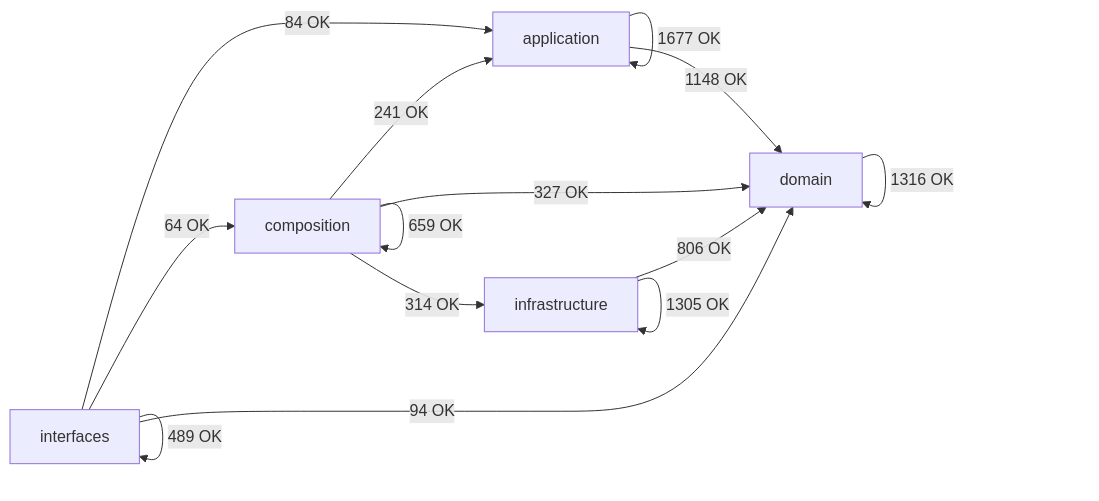
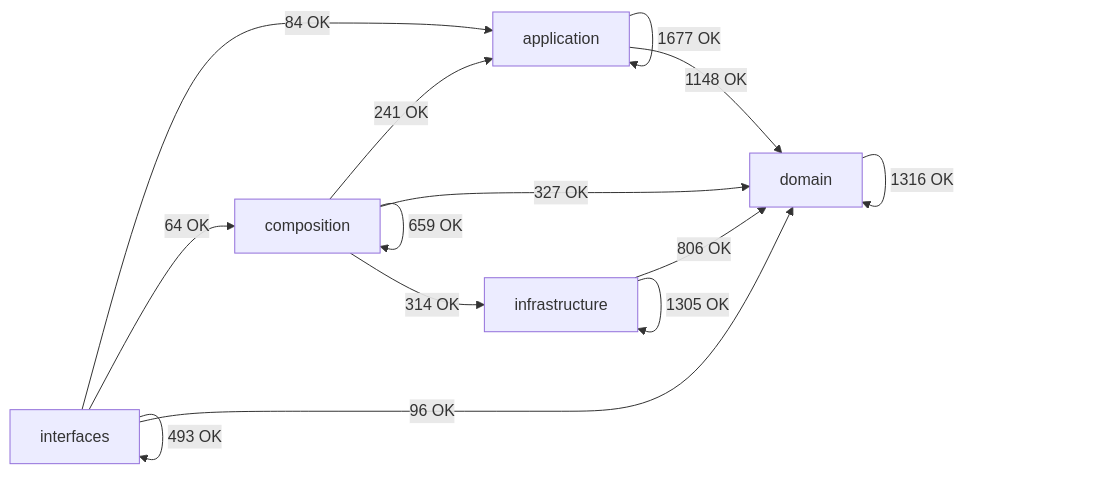
One commit to SatoryKono/BioactivityDataAcquisition changed the diagram in docs/02-architecture/generated/module-dependency-map.md. Above: the diagram before and after it, drawn with Mermaid. The commit also changed other lines of this file and 64 other files, not shown here.

````diff
--- a/docs/02-architecture/generated/module-dependency-map.md
+++ b/docs/02-architecture/generated/module-dependency-map.md
@@ -17,21 +17,21 @@
 ```mermaid
 flowchart LR
     domain[domain]
     application[application]
     infrastructure[infrastructure]
     composition[composition]
     interfaces[interfaces]
     application -->|1677 OK| application
     application -->|1148 OK| domain
     composition -->|241 OK| application
     composition -->|659 OK| composition
     composition -->|327 OK| domain
     composition -->|314 OK| infrastructure
     domain -->|1316 OK| domain
     infrastructure -->|806 OK| domain
     infrastructure -->|1305 OK| infrastructure
     interfaces -->|84 OK| application
     interfaces -->|64 OK| composition
-    interfaces -->|94 OK| domain
-    interfaces -->|489 OK| interfaces
+    interfaces -->|96 OK| domain
+    interfaces -->|493 OK| interfaces
 ```
````
